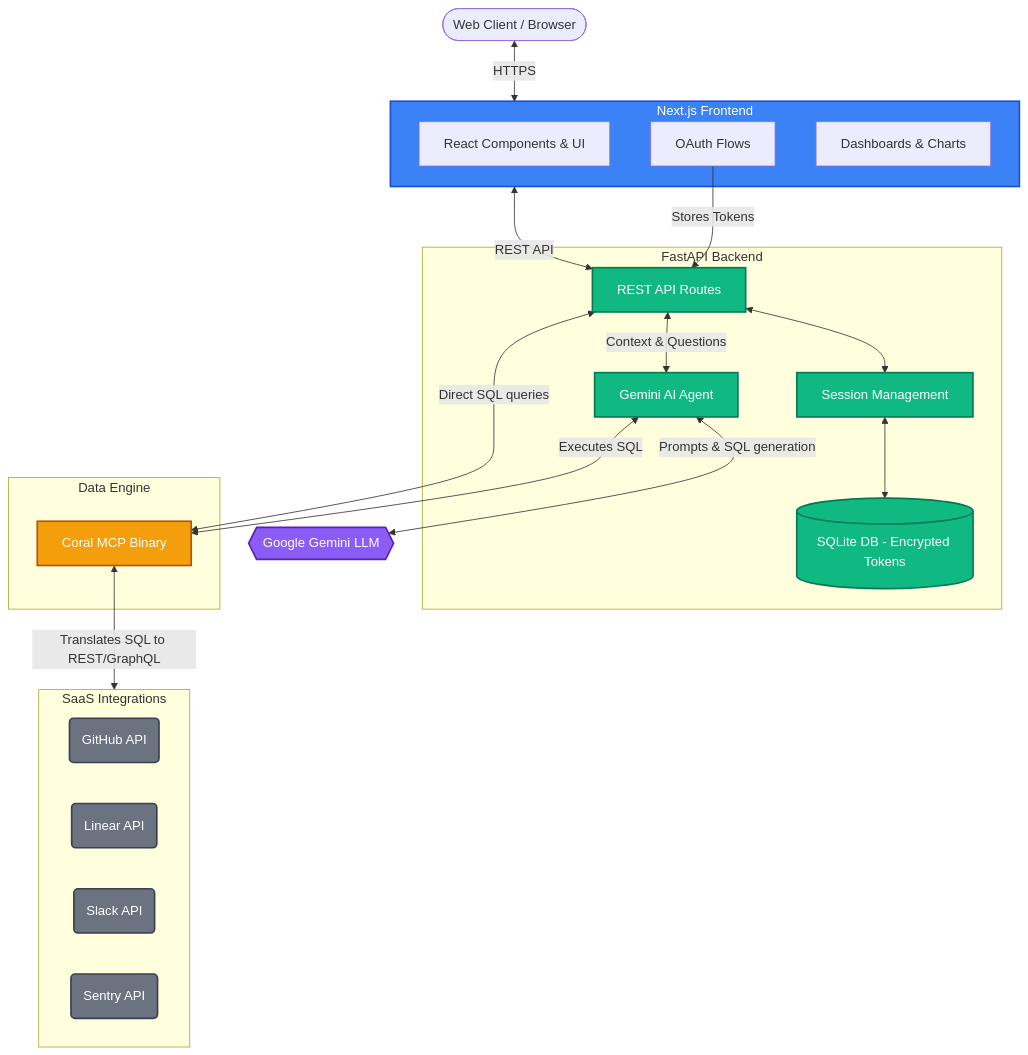
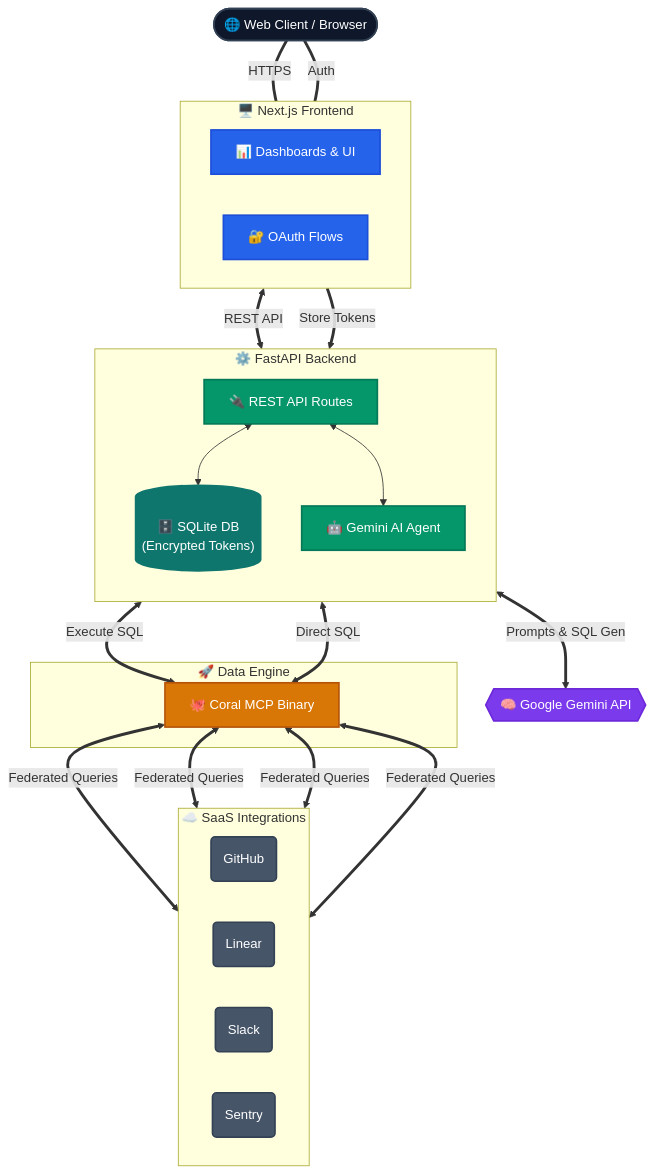
The diagram in README.md (HarshitDhaduk/DevPulse), drawn with Mermaid before and after one commit.

Commit message:
docs: improve Mermaid diagram layout

````diff
--- a/README.md
+++ b/README.md
@@ -20,55 +20,59 @@
 ```mermaid
 graph TD
     %% Define Styles
-    classDef frontend fill:#3b82f6,stroke:#1d4ed8,stroke-width:2px,color:#fff;
-    classDef backend fill:#10b981,stroke:#047857,stroke-width:2px,color:#fff;
-    classDef data fill:#f59e0b,stroke:#b45309,stroke-width:2px,color:#fff;
-    classDef external fill:#6b7280,stroke:#374151,stroke-width:2px,color:#fff;
-    classDef ai fill:#8b5cf6,stroke:#5b21b6,stroke-width:2px,color:#fff;
+    classDef client fill:#0f172a,stroke:#334155,stroke-width:2px,color:#fff;
+    classDef frontend fill:#2563eb,stroke:#1d4ed8,stroke-width:2px,color:#fff;
+    classDef backend fill:#059669,stroke:#047857,stroke-width:2px,color:#fff;
+    classDef db fill:#0f766e,stroke:#0f766e,stroke-width:2px,color:#fff;
+    classDef engine fill:#d97706,stroke:#b45309,stroke-width:2px,color:#fff;
+    classDef saas fill:#475569,stroke:#334155,stroke-width:2px,color:#fff;
+    classDef ai fill:#7c3aed,stroke:#6d28d9,stroke-width:2px,color:#fff;
 
-    %% Nodes
-    Client([Web Client / Browser])
+    Client([🌐 Web Client / Browser]):::client
     
-    subgraph Frontend [Next.js Frontend]
-        UI[React Components & UI]
-        Auth[OAuth Flows]
-        Dash[Dashboards & Charts]
+    subgraph Frontend ["🖥️ Next.js Frontend"]
+        direction LR
+        FE_Dash["📊 Dashboards & UI"]:::frontend
+        FE_Auth["🔐 OAuth Flows"]:::frontend
     end
     
-    subgraph Backend [FastAPI Backend]
-        API[REST API Routes]
-        Session[Session Management]
-        DB[(SQLite DB - Encrypted Tokens)]
-        Agent[Gemini AI Agent]
+    subgraph Backend ["⚙️ FastAPI Backend"]
+        direction TB
+        BE_API["🔌 REST API Routes"]:::backend
+        BE_Agent["🤖 Gemini AI Agent"]:::backend
+        BE_DB[("🗄️ SQLite DB<br/>(Encrypted Tokens)")]:::db
+        
+        BE_API <--> BE_DB
+        BE_API <--> BE_Agent
     end
     
-    subgraph Engine [Data Engine]
-        Coral[Coral MCP Binary]
+    subgraph DataEngine ["🚀 Data Engine"]
+        Coral["🐙 Coral MCP Binary"]:::engine
     end
     
-    subgraph ThirdParty [SaaS Integrations]
-        GH(GitHub API):::external
-        LN(Linear API):::external
-        SL(Slack API):::external
-        SN(Sentry API):::external
+    subgraph SaaS ["☁️ SaaS Integrations"]
+        direction LR
+        GH("GitHub"):::saas
+        LN("Linear"):::saas
+        SL("Slack"):::saas
+        SN("Sentry"):::saas
     end
     
-    %% AI Model
-    LLM{{Google Gemini LLM}}:::ai
+    LLM{{"🧠 Google Gemini API"}}:::ai
 
-    %% Connections
-    Client <-->|HTTPS| Frontend:::frontend
-    Frontend <-->|REST API| API:::backend
-    Auth -->|Stores Tokens| API
+    %% Core Connections
+    Client ===|HTTPS| FE_Dash
+    Client ===|Auth| FE_Auth
     
-    API <--> Session:::backend
-    Session <--> DB:::backend
+    FE_Dash <==>|REST API| BE_API
+    FE_Auth ==>|Store Tokens| BE_API
     
-    API <-->|Context & Questions| Agent:::backend
-    Agent <-->|Prompts & SQL generation| LLM
+    BE_Agent <==>|Prompts & SQL Gen| LLM
+    BE_Agent <==>|Execute SQL| Coral
+    BE_API <==>|Direct SQL| Coral
     
-    Agent <-->|Executes SQL| Coral:::data
-    API <-->|Direct SQL queries| Coral
-    
-    Coral <-->|Translates SQL to REST/GraphQL| ThirdParty
+    Coral <==>|Federated Queries| GH
+    Coral <==>|Federated Queries| LN
+    Coral <==>|Federated Queries| SL
+    Coral <==>|Federated Queries| SN
 ```
````
